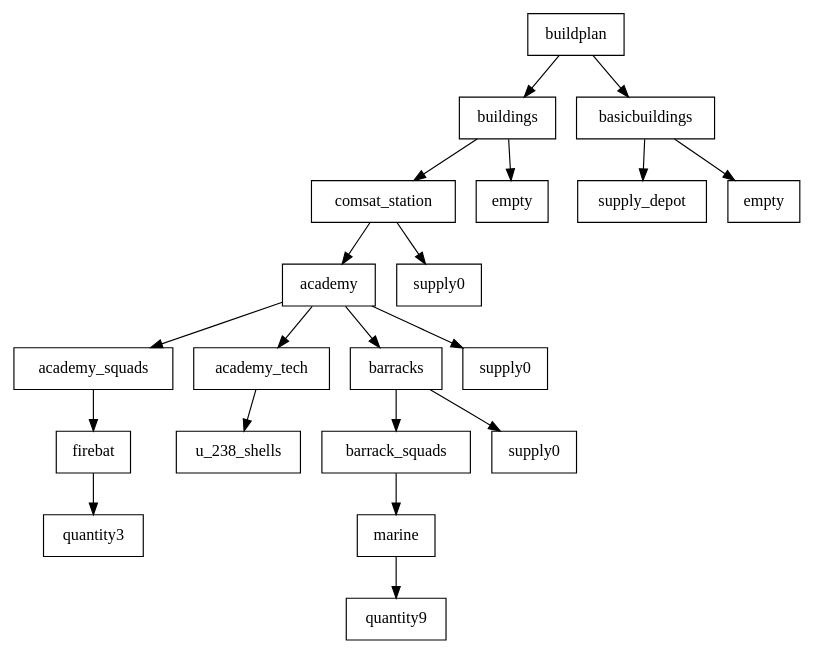
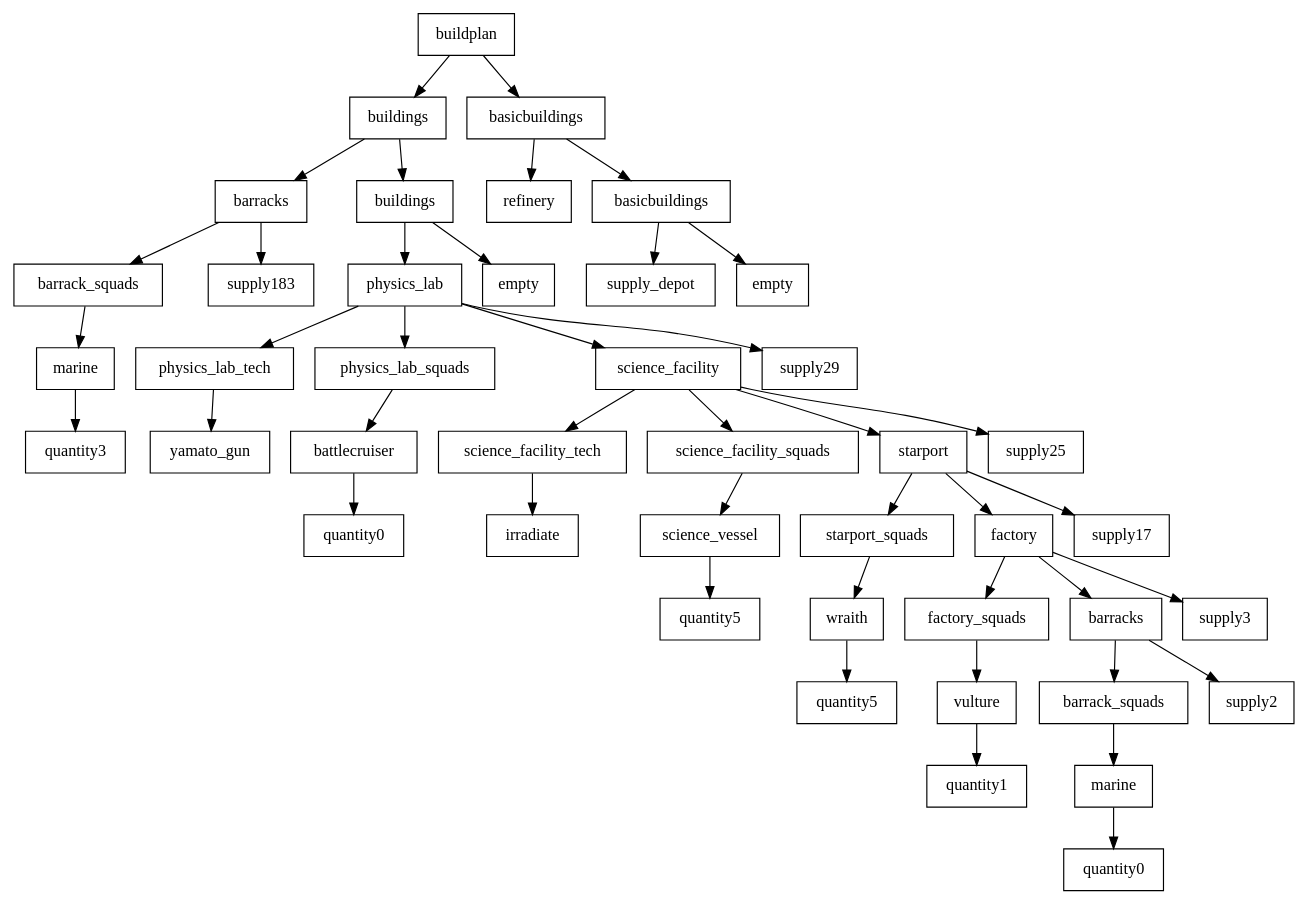
The diagram in GPBot/file.dot (cryogenic-dreams/StarCraft-GPBot), drawn with Graphviz before and after one commit. The commit also changed 4 other files, not shown here.

```diff
--- a/GPBot/file.dot
+++ b/GPBot/file.dot
@@ -1,43 +1,89 @@
 digraph g {
 graph [ordering=out];
 node [shape=rectangle];
 n[label = "buildplan"];
 n0[label = "buildings"];
-n00[label = "comsat_station"];
-n000[label = "academy"];
-n0000[label = "academy_squads"];
-n00000[label = "firebat"];
-n000000[label = "quantity3"];
-n00000 -> n000000;
+n00[label = "barracks"];
+n000[label = "barrack_squads"];
+n0000[label = "marine"];
+n00000[label = "quantity3"];
 n0000 -> n00000;
 n000 -> n0000;
-n0001[label = "academy_tech"];
-n00010[label = "u_238_shells"];
-n0001 -> n00010;
-n000 -> n0001;
-n0002[label = "barracks"];
-n00020[label = "barrack_squads"];
-n000200[label = "marine"];
-n0002000[label = "quantity9"];
-n000200 -> n0002000;
-n00020 -> n000200;
-n0002 -> n00020;
-n00021[label = "supply0"];
-n0002 -> n00021;
-n000 -> n0002;
-n0003[label = "supply0"];
-n000 -> n0003;
 n00 -> n000;
-n001[label = "supply0"];
+n001[label = "supply183"];
 n00 -> n001;
 n0 -> n00;
-n01[label = "empty"];
+n01[label = "buildings"];
+n010[label = "physics_lab"];
+n0100[label = "physics_lab_tech"];
+n01000[label = "yamato_gun"];
+n0100 -> n01000;
+n010 -> n0100;
+n0101[label = "physics_lab_squads"];
+n01010[label = "battlecruiser"];
+n010100[label = "quantity0"];
+n01010 -> n010100;
+n0101 -> n01010;
+n010 -> n0101;
+n0102[label = "science_facility"];
+n01020[label = "science_facility_tech"];
+n010200[label = "irradiate"];
+n01020 -> n010200;
+n0102 -> n01020;
+n01021[label = "science_facility_squads"];
+n010210[label = "science_vessel"];
+n0102100[label = "quantity5"];
+n010210 -> n0102100;
+n01021 -> n010210;
+n0102 -> n01021;
+n01022[label = "starport"];
+n010220[label = "starport_squads"];
+n0102200[label = "wraith"];
+n01022000[label = "quantity5"];
+n0102200 -> n01022000;
+n010220 -> n0102200;
+n01022 -> n010220;
+n010221[label = "factory"];
+n0102210[label = "factory_squads"];
+n01022100[label = "vulture"];
+n010221000[label = "quantity1"];
+n01022100 -> n010221000;
+n0102210 -> n01022100;
+n010221 -> n0102210;
+n0102211[label = "barracks"];
+n01022110[label = "barrack_squads"];
+n010221100[label = "marine"];
+n0102211000[label = "quantity0"];
+n010221100 -> n0102211000;
+n01022110 -> n010221100;
+n0102211 -> n01022110;
+n01022111[label = "supply2"];
+n0102211 -> n01022111;
+n010221 -> n0102211;
+n0102212[label = "supply3"];
+n010221 -> n0102212;
+n01022 -> n010221;
+n010222[label = "supply17"];
+n01022 -> n010222;
+n0102 -> n01022;
+n01023[label = "supply25"];
+n0102 -> n01023;
+n010 -> n0102;
+n0103[label = "supply29"];
+n010 -> n0103;
+n01 -> n010;
+n011[label = "empty"];
+n01 -> n011;
 n0 -> n01;
 n -> n0;
 n1[label = "basicbuildings"];
-n10[label = "supply_depot"];
+n10[label = "refinery"];
 n1 -> n10;
-n11[label = "empty"];
+n11[label = "basicbuildings"];
+n110[label = "supply_depot"];
+n11 -> n110;
+n111[label = "empty"];
+n11 -> n111;
 n1 -> n11;
 n -> n1;
 }
```
